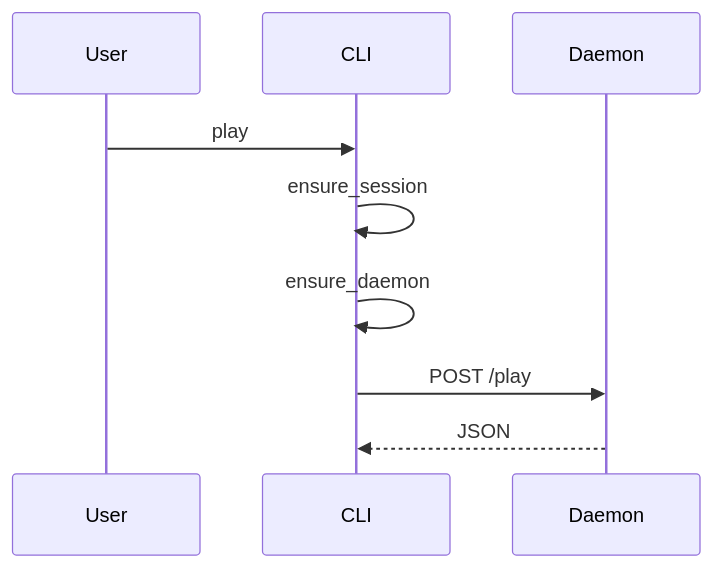
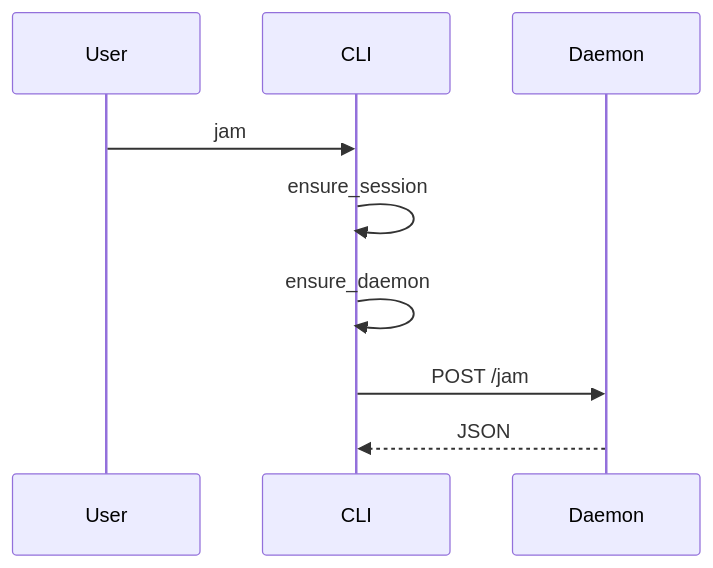
The diagram in wiki/concepts/control-plane.md (AdamPSU/agent-dj), drawn with Mermaid before and after one commit. The commit also changed other lines of this file and 14 other files, not shown here.

````diff
--- a/wiki/concepts/control-plane.md
+++ b/wiki/concepts/control-plane.md
@@ -26,11 +26,11 @@
 ```mermaid
 sequenceDiagram
   participant U as User
   participant C as CLI
   participant D as Daemon
-  U->>C: play
+  U->>C: jam
   C->>C: ensure_session
   C->>C: ensure_daemon
-  C->>D: POST /play
+  C->>D: POST /jam
   D-->>C: JSON
 ```
````
